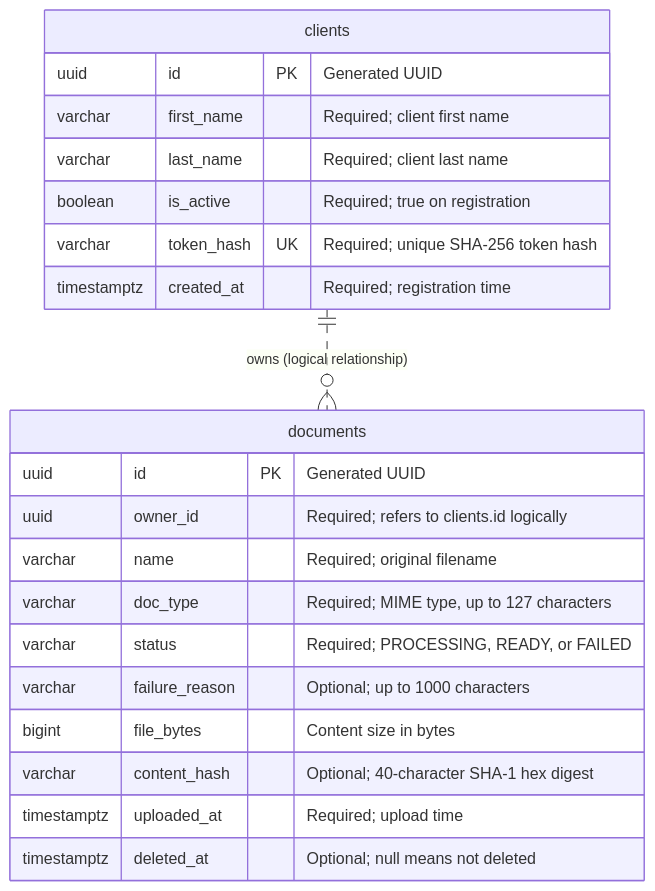
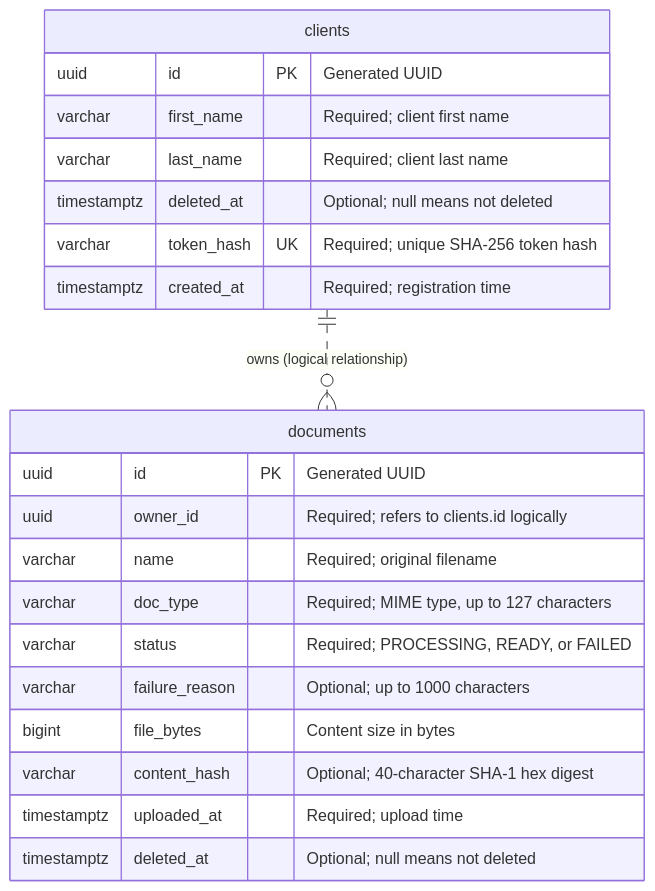
One commit to ishan-akhouri/knowledgeDrop changed the second of 2 diagrams in README.md. Above: the diagram before and after it, drawn with Mermaid. The commit also changed other lines of this file and 14 other files, not shown here.

````diff
--- a/README.md
+++ b/README.md
@@ -64,26 +64,26 @@
 ```mermaid
 erDiagram
     clients ||..o{ documents : "owns (logical relationship)"
 
     clients {
         uuid id PK "Generated UUID"
         varchar first_name "Required; client first name"
         varchar last_name "Required; client last name"
-        boolean is_active "Required; true on registration"
+        timestamptz deleted_at "Optional; null means not deleted"
         varchar token_hash UK "Required; unique SHA-256 token hash"
         timestamptz created_at "Required; registration time"
     }
 
     documents {
         uuid id PK "Generated UUID"
         uuid owner_id "Required; refers to clients.id logically"
         varchar name "Required; original filename"
         varchar doc_type "Required; MIME type, up to 127 characters"
         varchar status "Required; PROCESSING, READY, or FAILED"
         varchar failure_reason "Optional; up to 1000 characters"
         bigint file_bytes "Content size in bytes"
         varchar content_hash "Optional; 40-character SHA-1 hex digest"
         timestamptz uploaded_at "Required; upload time"
         timestamptz deleted_at "Optional; null means not deleted"
     }
 ```
````
